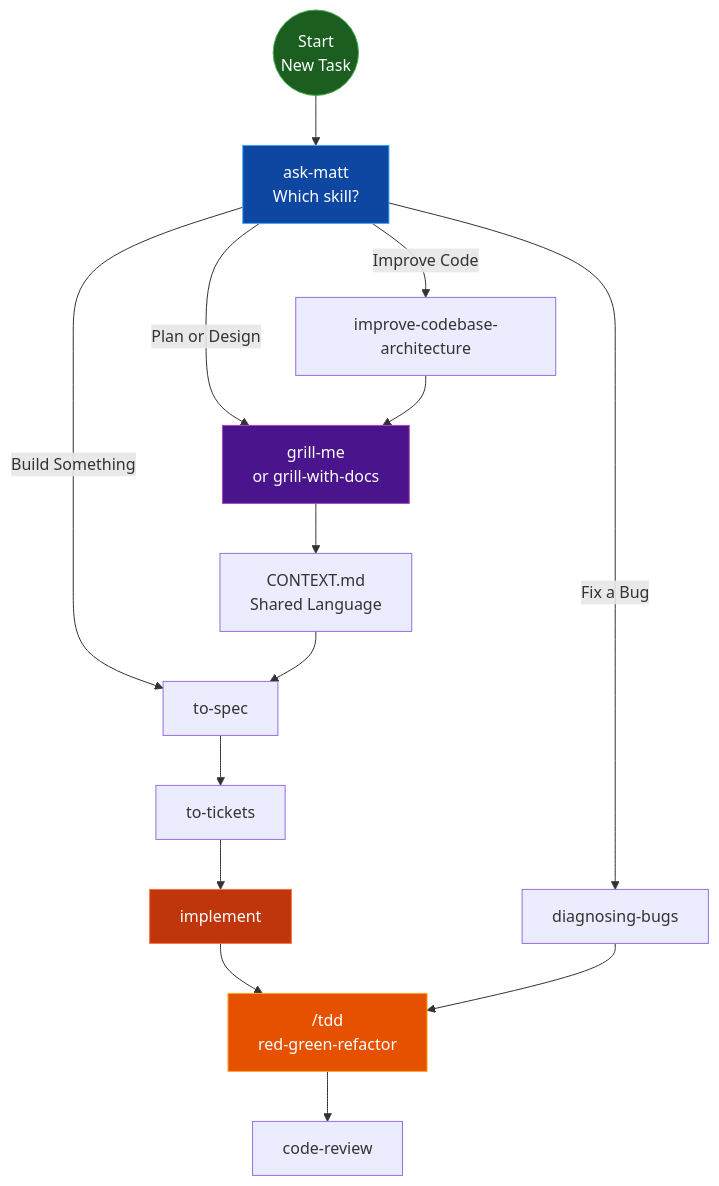
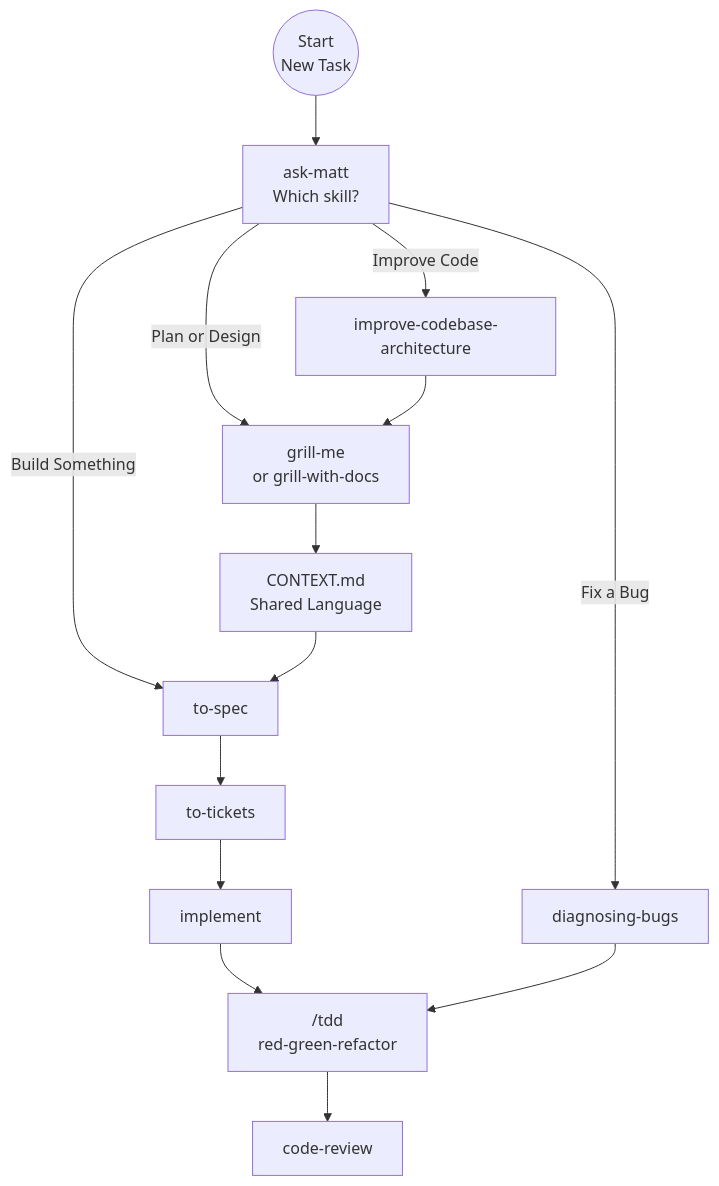
One commit to sdelrio/golden-forest changed the second of 3 diagrams in docs/Develop-Code/AI-Development/Workflows/matpocock.md. Above: the diagram before and after it, drawn with Mermaid. The commit also changed 19 other files, not shown here.

First line of the commit message:
feat(theme): add ink plate mermaid diagrams (#377)

````diff
--- a/docs/Develop-Code/AI-Development/Workflows/matpocock.md
+++ b/docs/Develop-Code/AI-Development/Workflows/matpocock.md
@@ -102,29 +102,25 @@
 ```mermaid
 flowchart TB
     Start(("Start<br/>New Task"))
 
     Start --> AM["ask-matt<br/>Which skill?"]
 
     AM -->|"Plan or Design"| GM["grill-me<br/>or grill-with-docs"]
     AM -->|"Build Something"| TS["to-spec"]
     AM -->|"Fix a Bug"| DB["diagnosing-bugs"]
     AM -->|"Improve Code"| ICA["improve-codebase-architecture"]
 
     GM --> CTX["CONTEXT.md<br/>Shared Language"]
     CTX --> TS
 
     TS --> TT["to-tickets"]
     TT --> IMP["implement"]
 
     IMP --> TDD["/tdd<br/>red-green-refactor"]
     TDD --> CR["code-review"]
 
     DB --> TDD
     ICA --> GM
 
-    style Start fill:#1b5e20,stroke:#4caf50,color:#fff
-    style AM fill:#0d47a1,stroke:#42a5f5,color:#fff
-    style GM fill:#4a148c,stroke:#ab47bc,color:#fff
-    style IMP fill:#bf360c,stroke:#ff7043,color:#fff
-    style TDD fill:#e65100,stroke:#ffa726,color:#fff
+    class AM highlight
 ```
````
